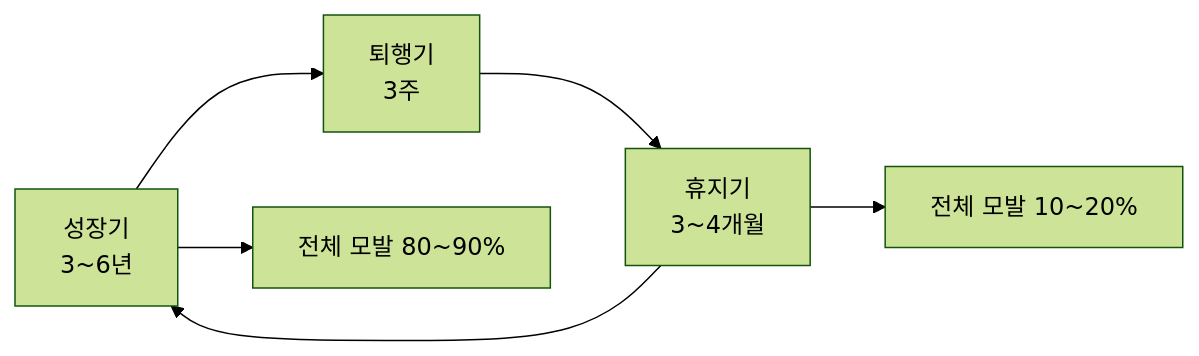
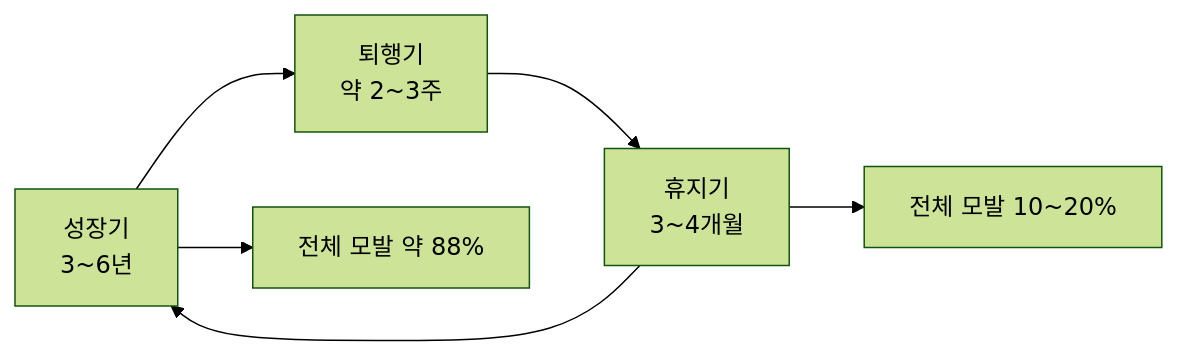
Before and after one commit to skygoldlee-cyber/passok: the fourth of 6 diagrams in content/exams/cosmetic/참조자료/과목4/4과목_핵심요약.md, drawn with Mermaid (forest theme). The commit also changed other lines of this file and 13 other files, not shown here.

````diff
--- a/content/exams/cosmetic/참조자료/과목4/4과목_핵심요약.md
+++ b/content/exams/cosmetic/참조자료/과목4/4과목_핵심요약.md
@@ -97,8 +97,8 @@
 ```mermaid
 flowchart LR
-  A[성장기<br/>3~6년] --> B[퇴행기<br/>3주]
+  A[성장기<br/>3~6년] --> B[퇴행기<br/>약 2~3주]
   B --> C[휴지기<br/>3~4개월]
   C --> A
-  A --> A1[전체 모발 80~90%]
+  A --> A1[전체 모발 약 88%]
   C --> C1[전체 모발 10~20%]
 ```
````
